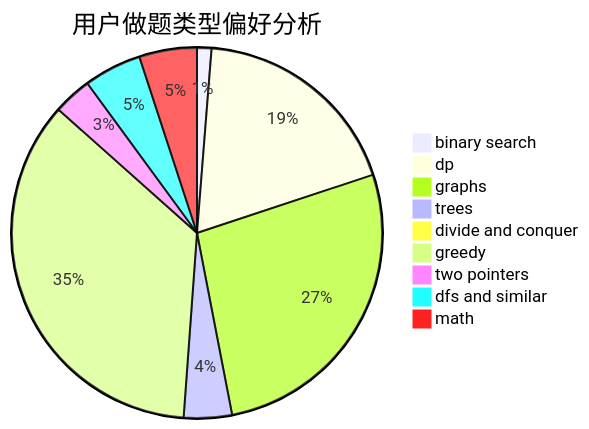
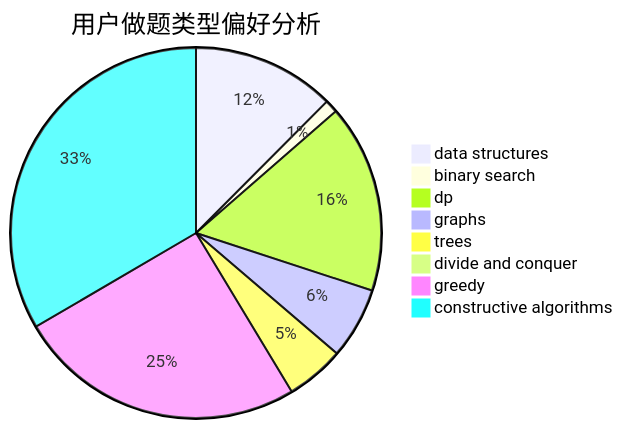
The second of 3 diagrams in docs/user/u1625.md (sherpahu/cfrs.github.io), drawn with Mermaid before and after one commit. The commit also changed other lines of this file and 2775 other files, not shown here.

````diff
--- a/docs/user/u1625.md
+++ b/docs/user/u1625.md
@@ -23,12 +23,11 @@
 ```mermaid
 pie title 用户做题类型偏好分析
-    "binary search" :  6
-    "dp" :  89
-    "graphs" :  129
-    "trees" :  20
+    "data structures" :  44
+    "binary search" :  4
+    "dp" :  58
+    "graphs" :  22
+    "trees" :  18
     "divide and conquer" :  0
-    "greedy" :  169
-    "two pointers" :  16
-    "dfs and similar" :  24
-    "math" :  24
+    "greedy" :  89
+    "constructive algorithms" :  118
 ```
````
